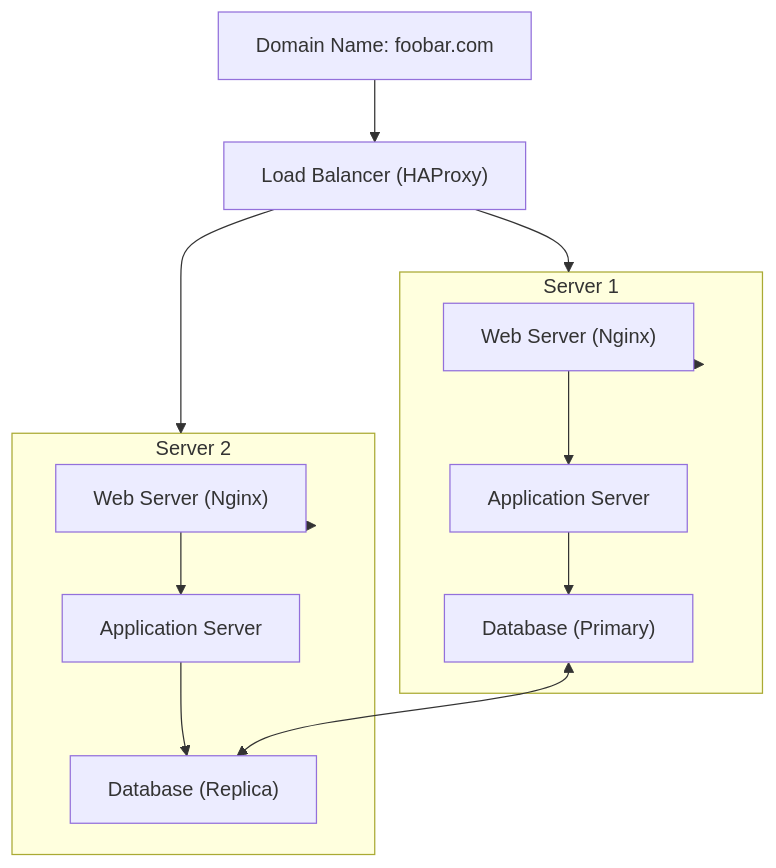
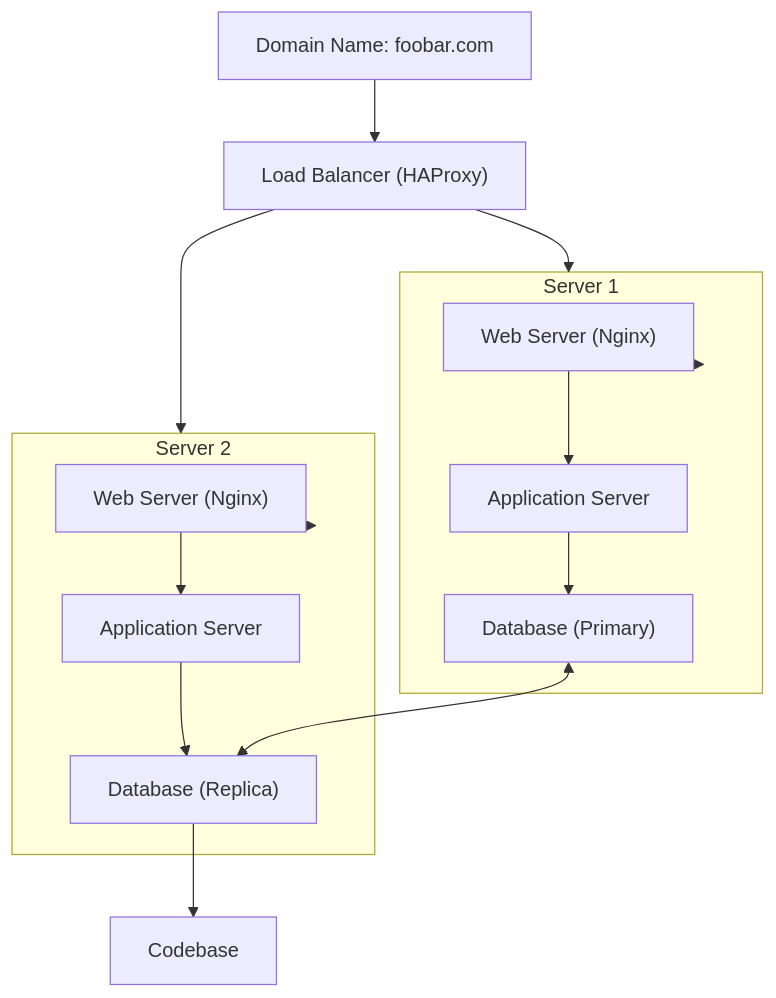
The diagram in 1-distributed_web_infrastructure.md (mrfouu/holbertonschool-system_engineering-devops), drawn with Mermaid before and after one commit.

````diff
--- a/1-distributed_web_infrastructure.md
+++ b/1-distributed_web_infrastructure.md
@@ -17,32 +17,34 @@
 ```mermaid
 graph TD
     DomainName["Domain Name: foobar.com"]
     LoadBalancer["Load Balancer (HAProxy)"]
 
     subgraph Server1Box ["Server 1"]
         WebServer1["Web Server (Nginx)"]
         AppServer1["Application Server"]
         DBPrimary["Database (Primary)"]
     end
 
     subgraph Server2Box ["Server 2"]
         WebServer2["Web Server (Nginx)"]
         AppServer2["Application Server"]
         DBReplica["Database (Replica)"]
     end
 
     DomainName --> LoadBalancer
     LoadBalancer --> Server1Box
     LoadBalancer --> Server2Box
 
     Server1Box --> WebServer1
     WebServer1 --> AppServer1
     AppServer1 --> DBPrimary
 
     Server2Box --> WebServer2
     WebServer2 --> AppServer2
+    DBReplica --> Codebase
     AppServer2 --> DBReplica
+    
 
     DBPrimary <--> DBReplica
 
 ```	
````
